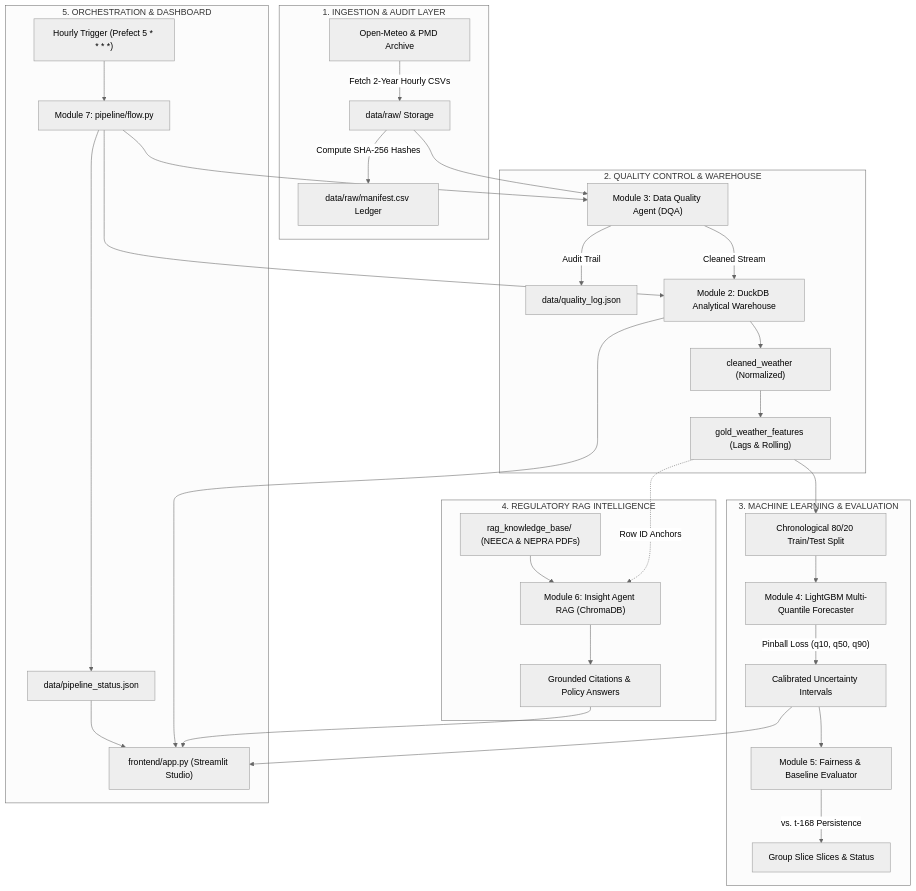
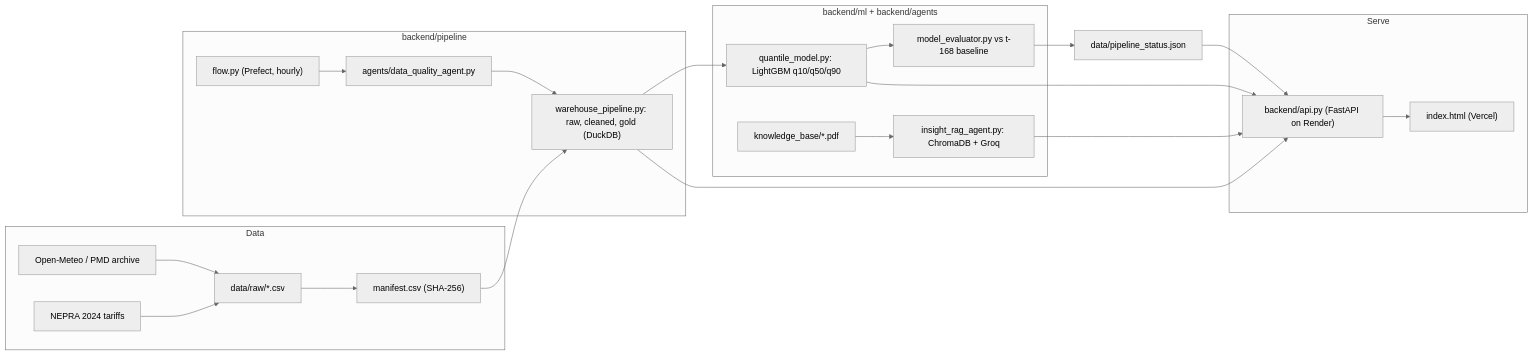
The diagram in README.md (AmnaFaisal1305/Bijli-Insight_Pakistan), drawn with Mermaid (neutral theme) before and after one commit. The commit also changed other lines of this file and 12 other files, not shown here.

````diff
--- a/README.md
+++ b/README.md
@@ -39,40 +64,27 @@
 ```mermaid
-flowchart TD
-    subgraph S1["1. INGESTION & AUDIT LAYER"]
-        API["Open-Meteo & PMD Archive"] -->|"Fetch 2-Year Hourly CSVs"| RAW["data/raw/ Storage"]
-        RAW -->|"Compute SHA-256 Hashes"| MANIFEST["data/raw/manifest.csv Ledger"]
+flowchart LR
+    subgraph Data
+        OM["Open-Meteo / PMD archive"] --> RAW["data/raw/*.csv"]
+        NEPRA["NEPRA 2024 tariffs"] --> RAW
+        RAW --> MAN["manifest.csv (SHA-256)"]
     end
-
-    subgraph S2["2. QUALITY CONTROL & WAREHOUSE"]
-        RAW --> DQA["Module 3: Data Quality Agent (DQA)"]
-        DQA -->|"Audit Trail"| QLOG["data/quality_log.json"]
-        DQA -->|"Cleaned Stream"| DUCK["Module 2: DuckDB Analytical Warehouse"]
-        DUCK --> L2["cleaned_weather (Normalized)"]
-        L2 --> L3["gold_weather_features (Lags & Rolling)"]
+    subgraph Pipeline["backend/pipeline"]
+        MAN --> WH["warehouse_pipeline.py: raw, cleaned, gold (DuckDB)"]
+        FLOW["flow.py (Prefect, hourly)"] --> DQA["agents/data_quality_agent.py"]
+        DQA --> WH
     end
-
-    subgraph S3["3. MACHINE LEARNING & EVALUATION"]
-        L3 --> SPLIT["Chronological 80/20 Train/Test Split"]
-        SPLIT --> ML["Module 4: LightGBM Multi-Quantile Forecaster"]
-        ML -->|"Pinball Loss (q10, q50, q90)"| PREDS["Calibrated Uncertainty Intervals"]
-        PREDS --> EVAL["Module 5: Fairness & Baseline Evaluator"]
-        EVAL -->|"vs. t-168 Persistence"| METRICS["Group Slice Slices & Status"]
+    subgraph Models["backend/ml + backend/agents"]
+        WH --> QM["quantile_model.py: LightGBM q10/q50/q90"]
+        QM --> EV["model_evaluator.py vs t-168 baseline"]
+        PDF["knowledge_base/*.pdf"] --> RAG["insight_rag_agent.py: ChromaDB + Groq"]
     end
-
-    subgraph S4["4. REGULATORY RAG INTELLIGENCE"]
-        PDFS["rag_knowledge_base/ (NEECA & NEPRA PDFs)"] --> RAG["Module 6: Insight Agent RAG (ChromaDB)"]
-        L3 -.->|"Row ID Anchors"| RAG
-        RAG --> ADVICE["Grounded Citations & Policy Answers"]
+    subgraph Serve
+        API["backend/api.py (FastAPI on Render)"]
+        UI["index.html (Vercel)"]
     end
-
-    subgraph S5["5. ORCHESTRATION & DASHBOARD"]
-        CRON["Hourly Trigger (Prefect 5 * * * *)"] --> FLOW["Module 7: pipeline/flow.py"]
-        FLOW --> DQA
-        FLOW --> DUCK
-        FLOW --> STATUS["data/pipeline_status.json"]
-        STATUS --> UI["frontend/app.py (Streamlit Studio)"]
-        DUCK --> UI
-        PREDS --> UI
-        ADVICE --> UI
-    end
+    QM --> API
+    WH --> API
+    RAG --> API
+    EV --> STATUS["data/pipeline_status.json"] --> API
+    API --> UI
 ```
````
